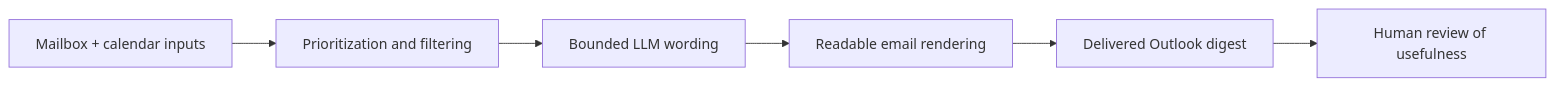
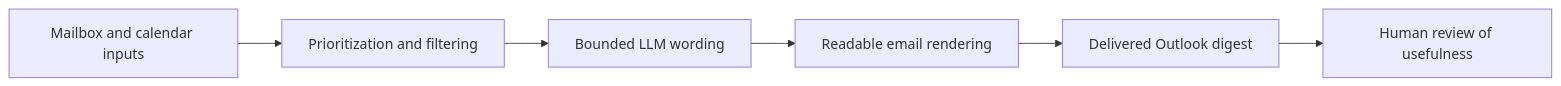
Before and after one commit to AlexAgo83/day-captain: the diagram in logics/request/req_004_day_captain_digest_quality_and_email_polish.md, drawn with Mermaid. The commit also changed 40 other files, not shown here.

Commit message:
Normalize Logics Mermaid diagrams

````diff
--- a/logics/request/req_004_day_captain_digest_quality_and_email_polish.md
+++ b/logics/request/req_004_day_captain_digest_quality_and_email_polish.md
@@ -35,8 +35,8 @@
 ```mermaid
 flowchart LR
-    Data[Mailbox + calendar inputs] --> Score[Prioritization and filtering]
+    Data[Mailbox and calendar inputs] --> Score[Prioritization and filtering]
     Score --> Wording[Bounded LLM wording]
     Wording --> Render[Readable email rendering]
     Render --> Mailbox[Delivered Outlook digest]
     Mailbox --> Review[Human review of usefulness]
 ```
````
